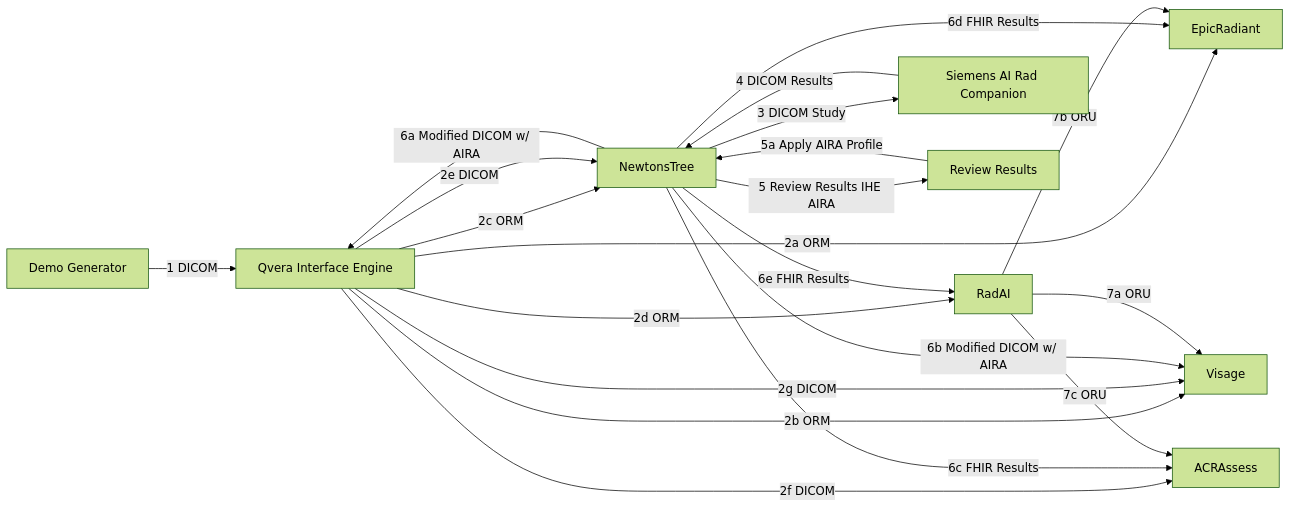
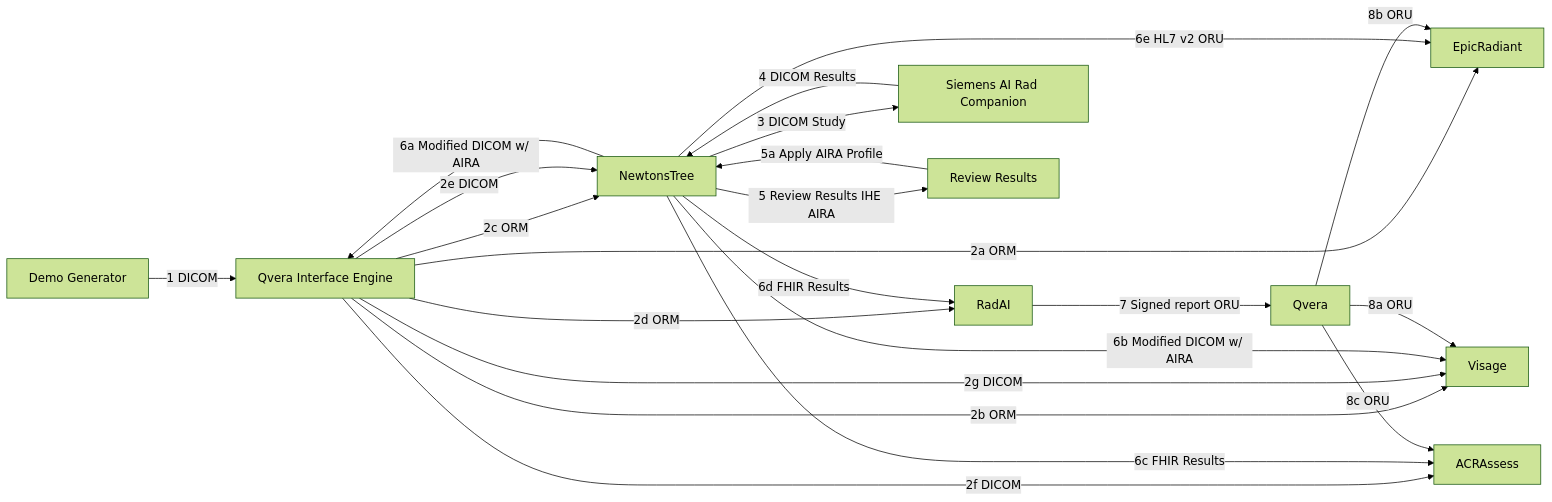
One commit to amadeuspzs/rsna-rr-demo-diagrams changed the diagram in lauterbur-brain-mr.md. Above: the diagram before and after it, drawn with Mermaid (forest theme).

Commit message:
Updated Lauterbur CT based on the last round of E2E testing

````diff
--- a/lauterbur-brain-mr.md
+++ b/lauterbur-brain-mr.md
@@ -6,29 +6,31 @@
 ```mermaid
 flowchart LR
     Generator[Demo Generator] --> |1 DICOM| QveraIE[Qvera Interface Engine]
 
     QveraIE --> |2a ORM| EpicRadiant
     QveraIE --> |2b ORM| Visage
     QveraIE --> |2c ORM| NewtonsTree
     QveraIE --> |2d ORM| RadAI
     QveraIE --> |2e DICOM| NewtonsTree
     QveraIE --> |2f DICOM| ACRAssess
     QveraIE --> |2g DICOM| Visage
 
     NewtonsTree --> |3 DICOM Study| SiemensAIRC[Siemens AI Rad Companion]
 
     SiemensAIRC --> |4 DICOM Results| NewtonsTree
 
     NewtonsTree --> |5 Review Results IHE AIRA| ReviewResults[Review Results]
     ReviewResults --> |5a Apply AIRA Profile| NewtonsTree
 
     NewtonsTree --> |6a Modified DICOM w/ AIRA| QveraIE
     NewtonsTree --> |6b Modified DICOM w/ AIRA| Visage
     NewtonsTree --> |6c FHIR Results| ACRAssess
-    NewtonsTree --> |6d FHIR Results| EpicRadiant
-    NewtonsTree --> |6e FHIR Results| RadAI
+    NewtonsTree --> |6d FHIR Results| RadAI
+    NewtonsTree --> |6e HL7 v2 ORU| EpicRadiant
 
-    RadAI --> |7a ORU| Visage
-    RadAI --> |7b ORU| EpicRadiant
-    RadAI --> |7c ORU| ACRAssess
+    RadAI --> |7 Signed report ORU| Qvera
+
+    Qvera --> |8a ORU| Visage
+    Qvera --> |8b ORU| EpicRadiant
+    Qvera --> |8c ORU| ACRAssess  
 ```
````
